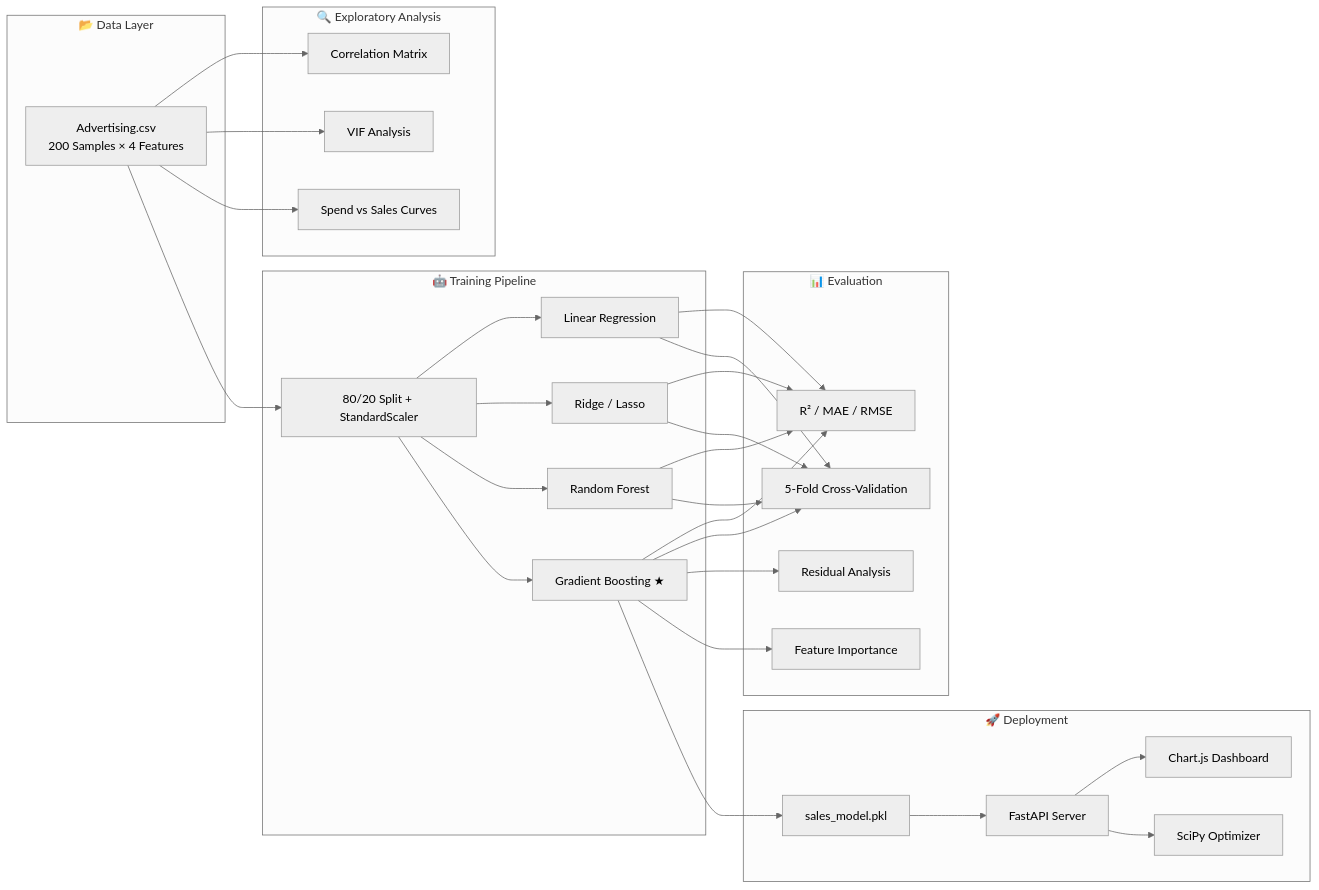
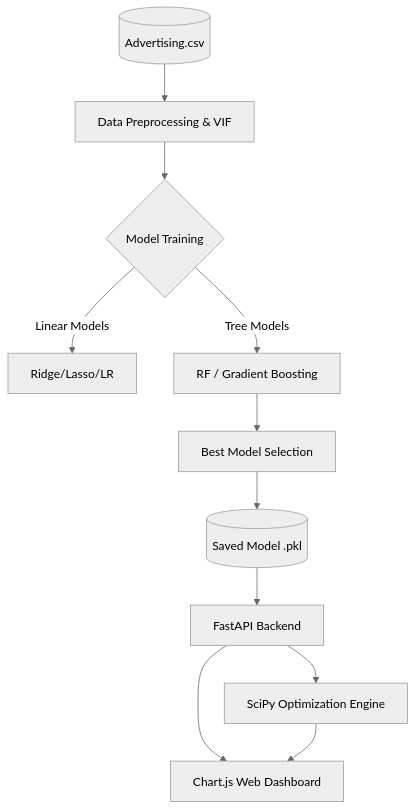
Before and after one commit to deveshkumawat258/Sales_Prediction: the second of 2 diagrams in README.md, drawn with Mermaid (neutral theme). The commit also changed other lines of this file, not shown here.

Commit message:
docs: Premium README with business insights, model metrics, and architecture

````diff
--- a/README.md
+++ b/README.md
@@ -125,42 +68,13 @@
 ```mermaid
-flowchart LR
-    subgraph DATA["📂 Data Layer"]
-        A["Advertising.csv<br/>200 Samples × 4 Features"]
-    end
-
-    subgraph EDA["🔍 Exploratory Analysis"]
-        B["Correlation Matrix"]
-        C["VIF Analysis"]
-        D["Spend vs Sales Curves"]
-    end
-
-    subgraph TRAIN["🤖 Training Pipeline"]
-        E["80/20 Split + StandardScaler"]
-        F["Linear Regression"]
-        G["Ridge / Lasso"]
-        H["Random Forest"]
-        I["Gradient Boosting ★"]
-    end
-
-    subgraph EVAL["📊 Evaluation"]
-        J["R² / MAE / RMSE"]
-        K["5-Fold Cross-Validation"]
-        L["Residual Analysis"]
-        M["Feature Importance"]
-    end
-
-    subgraph DEPLOY["🚀 Deployment"]
-        N["sales_model.pkl"]
-        O["FastAPI Server"]
-        P["Chart.js Dashboard"]
-        Q["SciPy Optimizer"]
-    end
-
-    A --> B & C & D
-    A --> E
-    E --> F & G & H & I
-    F & G & H & I --> J & K
-    I --> L & M
-    I --> N --> O
-    O --> P & Q
+graph TD;
+    A[(Advertising.csv)] --> B[Data Preprocessing & VIF];
+    B --> C{Model Training};
+    C -->|Linear Models| D[Ridge/Lasso/LR];
+    C -->|Tree Models| E[RF / Gradient Boosting];
+    E --> F[Best Model Selection];
+    F --> G[(Saved Model .pkl)];
+    G --> H[FastAPI Backend];
+    H --> I[SciPy Optimization Engine];
+    H --> J[Chart.js Web Dashboard];
+    I --> J;
 ```
````
